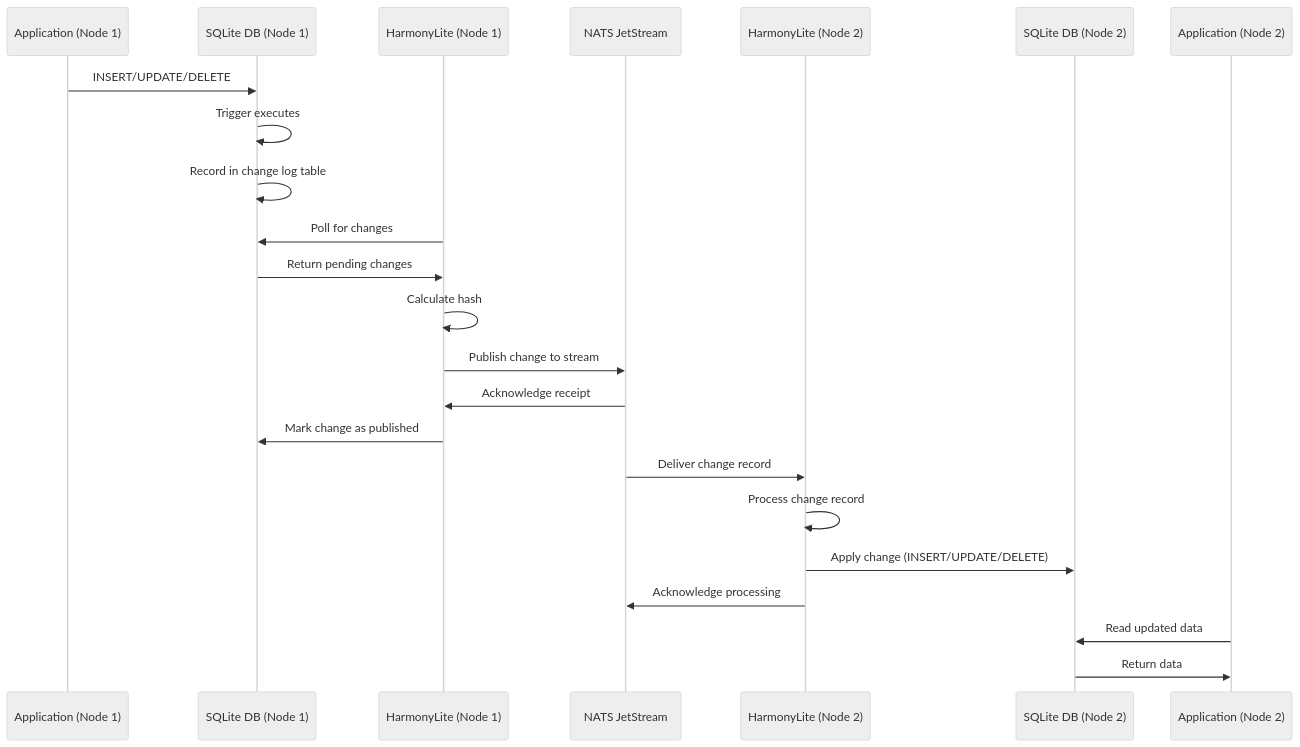
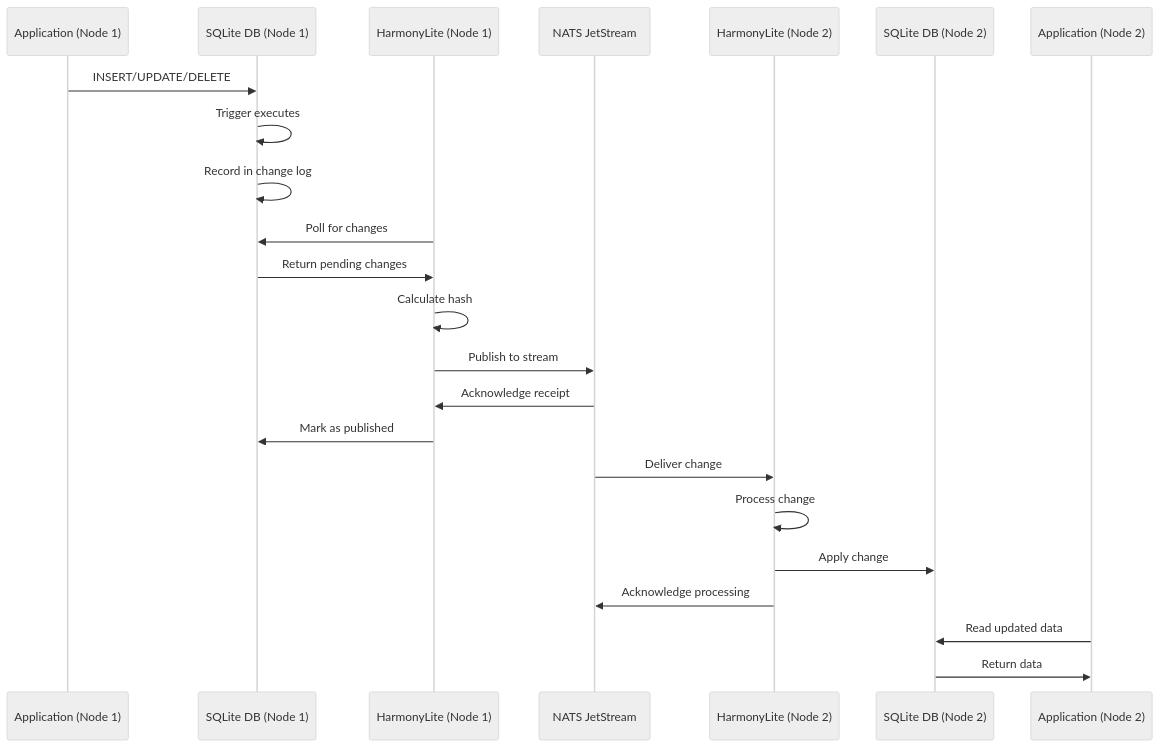
Before and after one commit to wongfei2009/harmonylite: the third of 7 diagrams in docs/docs/internals.md, drawn with Mermaid (neutral theme). The commit also changed other lines of this file, not shown here.

````diff
--- a/docs/docs/internals.md
+++ b/docs/docs/internals.md
@@ -127,29 +149,29 @@
 ```mermaid
 sequenceDiagram
     participant App1 as Application (Node 1)
     participant DB1 as SQLite DB (Node 1)
     participant HL1 as HarmonyLite (Node 1)
     participant NATS as NATS JetStream
     participant HL2 as HarmonyLite (Node 2)
     participant DB2 as SQLite DB (Node 2)
     participant App2 as Application (Node 2)
     
     App1->>DB1: INSERT/UPDATE/DELETE
     DB1->>DB1: Trigger executes
-    DB1->>DB1: Record in change log table
+    DB1->>DB1: Record in change log
     
     HL1->>DB1: Poll for changes
     DB1->>HL1: Return pending changes
     HL1->>HL1: Calculate hash
-    HL1->>NATS: Publish change to stream
+    HL1->>NATS: Publish to stream
     NATS->>HL1: Acknowledge receipt
-    HL1->>DB1: Mark change as published
+    HL1->>DB1: Mark as published
     
-    NATS->>HL2: Deliver change record
-    HL2->>HL2: Process change record
-    HL2->>DB2: Apply change (INSERT/UPDATE/DELETE)
+    NATS->>HL2: Deliver change
+    HL2->>HL2: Process change
+    HL2->>DB2: Apply change
     HL2->>NATS: Acknowledge processing
     
     App2->>DB2: Read updated data
     DB2->>App2: Return data
 ```
````
